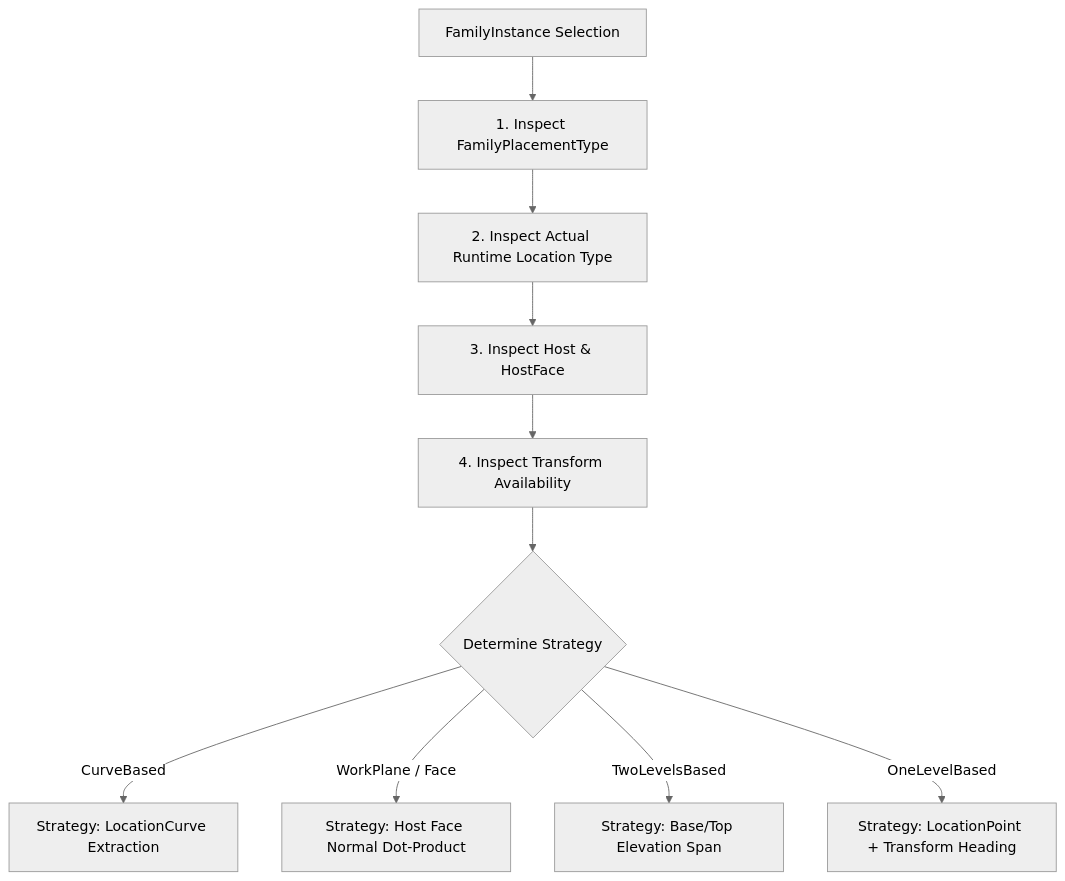
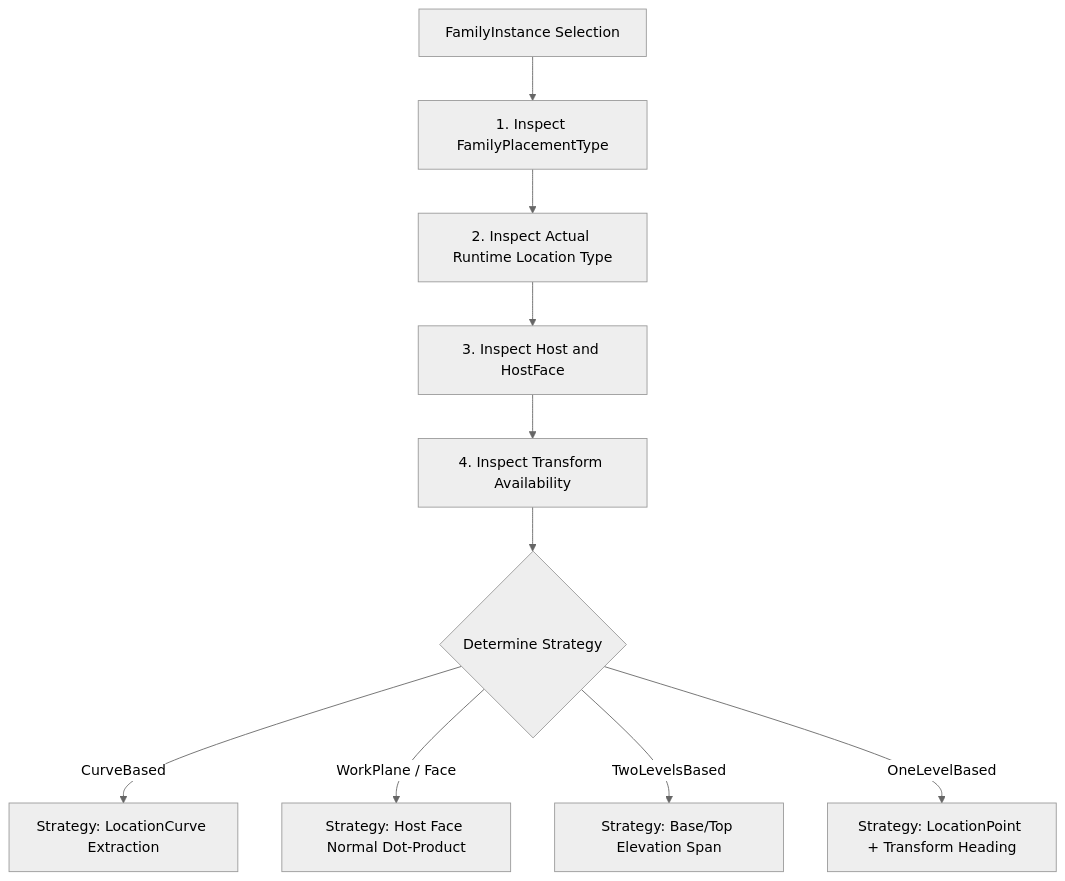
Before and after one commit to Mustafa-TOMMY/CommandSamplesRevitApiVer2025: diagram 16 of 31 in RevitApiSamples/Samples/TransformModule/TransformModule.md, drawn with Mermaid (neutral theme). The commit also changed other lines of this file, not shown here.

Commit message:
Update the mermaid sections

````diff
--- a/RevitApiSamples/Samples/TransformModule/TransformModule.md
+++ b/RevitApiSamples/Samples/TransformModule/TransformModule.md
@@ -478,13 +505,13 @@
 ```mermaid
 flowchart TD
     FI["FamilyInstance Selection"] --> C1["1. Inspect FamilyPlacementType"]
     C1 --> C2["2. Inspect Actual Runtime Location Type"]
-    C2 --> C3["3. Inspect Host & HostFace"]
+    C2 --> C3["3. Inspect Host and HostFace"]
     C3 --> C4["4. Inspect Transform Availability"]
     C4 --> DECIDE{"Determine Strategy"}
-    
+
     DECIDE -->|CurveBased| S_CB["Strategy: LocationCurve Extraction"]
-    DECIDE -->|WorkPlane / Face| S_FB["Strategy: Host Face Normal Dot-Product"]
+    DECIDE -->|"WorkPlane / Face"| S_FB["Strategy: Host Face Normal Dot-Product"]
     DECIDE -->|TwoLevelsBased| S_TL["Strategy: Base/Top Elevation Span"]
     DECIDE -->|OneLevelBased| S_LP["Strategy: LocationPoint + Transform Heading"]
 ```
````
